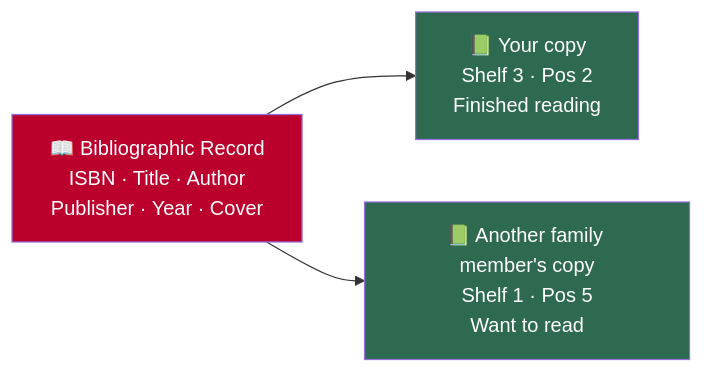
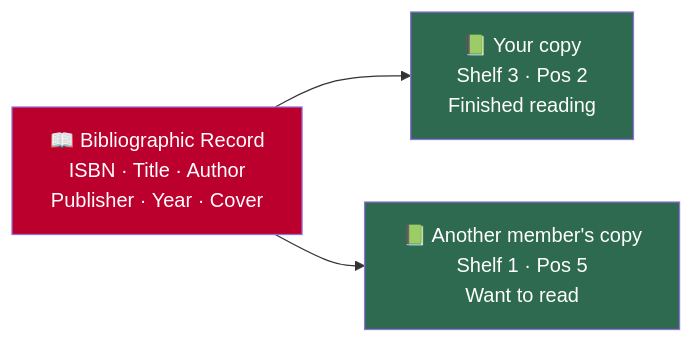
The first of 2 diagrams in docs/user/05-book-details.md (jinbocho/jinbocho.github.io), drawn with Mermaid before and after one commit. The commit also changed other lines of this file and 70 other files, not shown here.

````diff
--- a/docs/user/05-book-details.md
+++ b/docs/user/05-book-details.md
@@ -10,12 +10,12 @@
 ```mermaid
 graph LR
     BR["📖 Bibliographic Record<br/>ISBN · Title · Author<br/>Publisher · Year · Cover"]
     OB1["📗 Your copy<br/>Shelf 3 · Pos 2<br/>Finished reading"]
-    OB2["📗 Another family member's copy<br/>Shelf 1 · Pos 5<br/>Want to read"]
+    OB2["📗 Another member's copy<br/>Shelf 1 · Pos 5<br/>Want to read"]
     BR --> OB1
     BR --> OB2
 
     style BR fill:#BC002D,color:#fff
     style OB1 fill:#2D6A4F,color:#fff
     style OB2 fill:#2D6A4F,color:#fff
 ```
````
